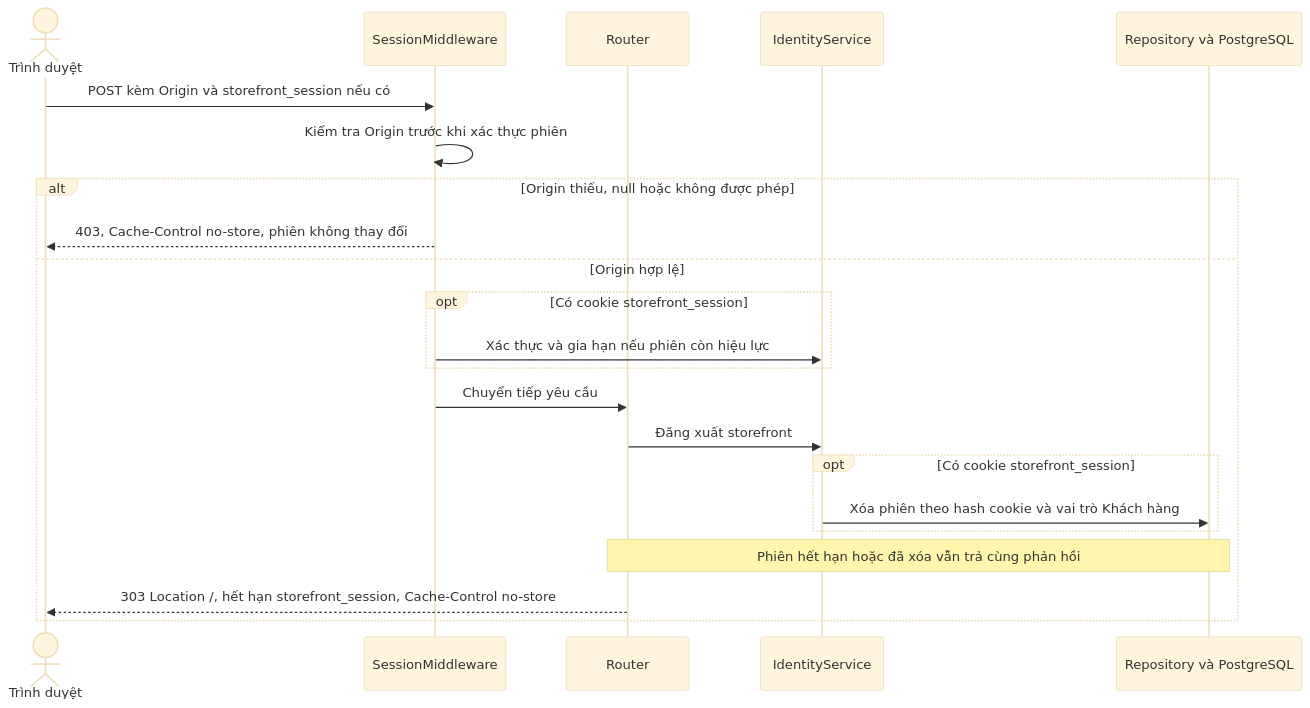
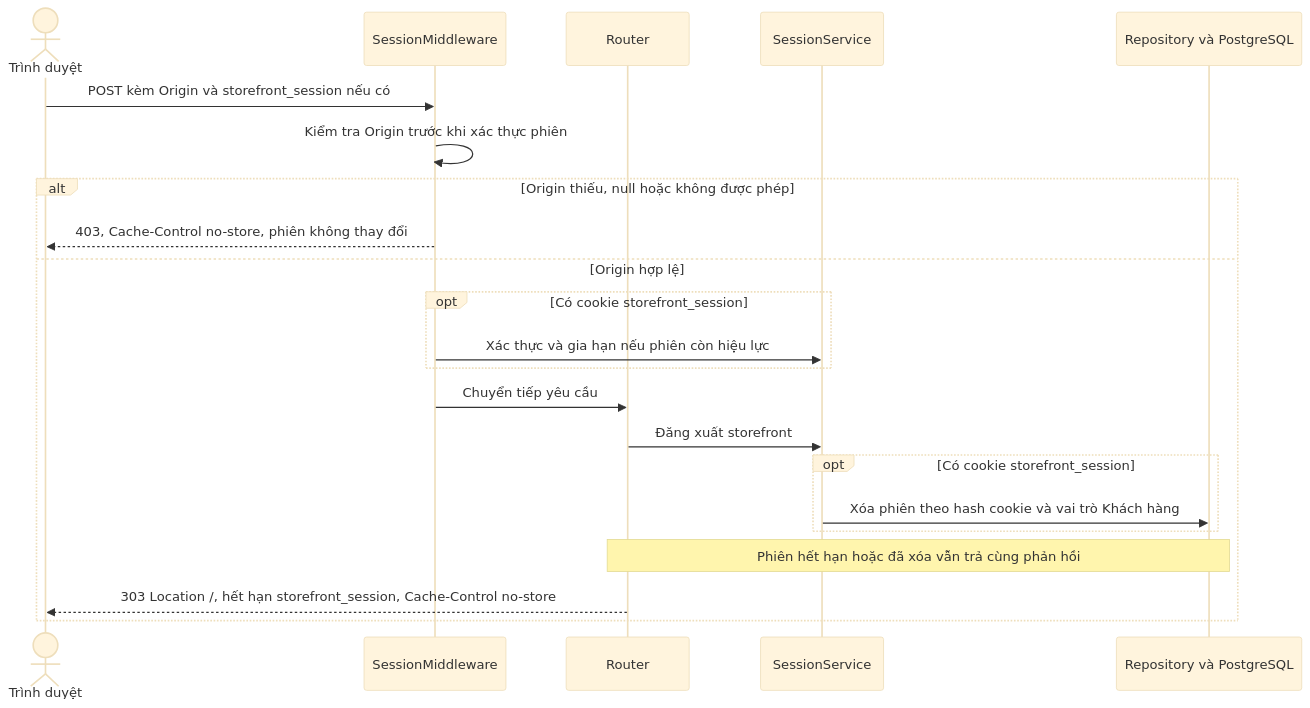
One commit to thanhklt/sobie-swimwear-e-commerce changed the diagram in docs/sequence/identity/post-logout.md. Above: the diagram before and after it, drawn with Mermaid (base theme). The commit also changed 127 other files, not shown here.

````diff
--- a/docs/sequence/identity/post-logout.md
+++ b/docs/sequence/identity/post-logout.md
@@ -5,24 +5,24 @@
 ```mermaid
 sequenceDiagram
     actor Browser as Trình duyệt
     participant Middleware as SessionMiddleware
     participant Route as Router
-    participant Service as IdentityService
+    participant Service as SessionService
     participant Data as Repository và PostgreSQL
     Browser->>Middleware: POST kèm Origin và storefront_session nếu có
     Middleware->>Middleware: Kiểm tra Origin trước khi xác thực phiên
     alt Origin thiếu, null hoặc không được phép
         Middleware-->>Browser: 403, Cache-Control no-store, phiên không thay đổi
     else Origin hợp lệ
         opt Có cookie storefront_session
             Middleware->>Service: Xác thực và gia hạn nếu phiên còn hiệu lực
         end
         Middleware->>Route: Chuyển tiếp yêu cầu
         Route->>Service: Đăng xuất storefront
         opt Có cookie storefront_session
             Service->>Data: Xóa phiên theo hash cookie và vai trò Khách hàng
         end
         Note over Route,Data: Phiên hết hạn hoặc đã xóa vẫn trả cùng phản hồi
         Route-->>Browser: 303 Location /, hết hạn storefront_session, Cache-Control no-store
     end
 ```
````
